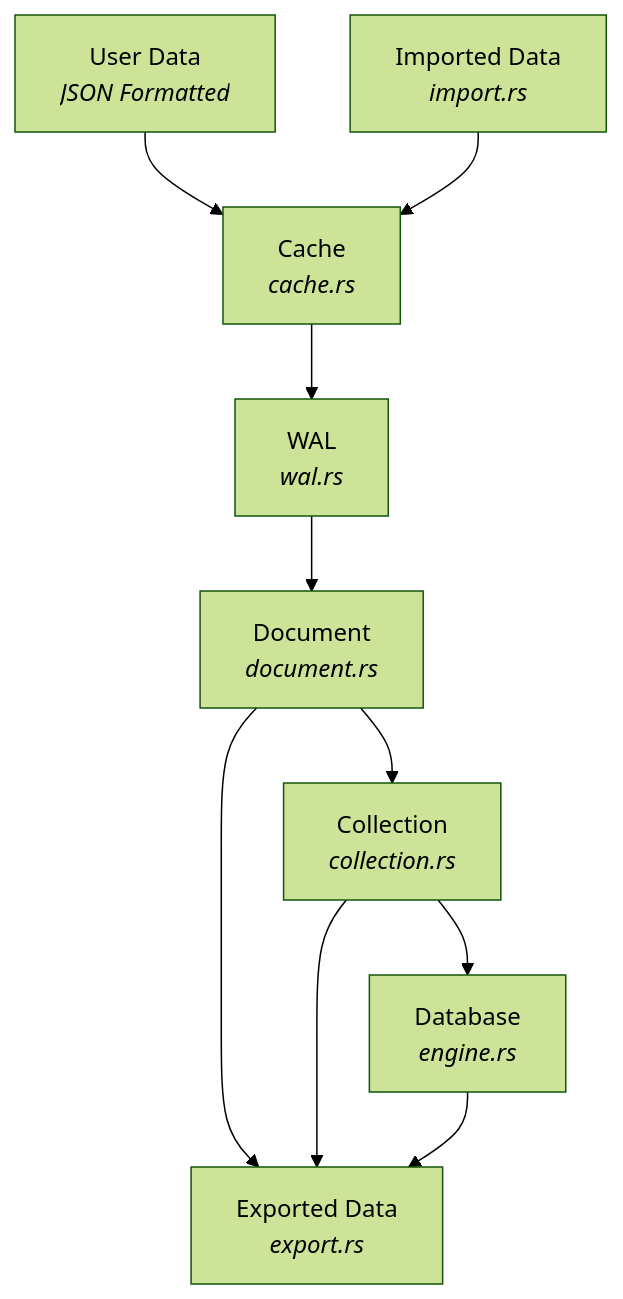
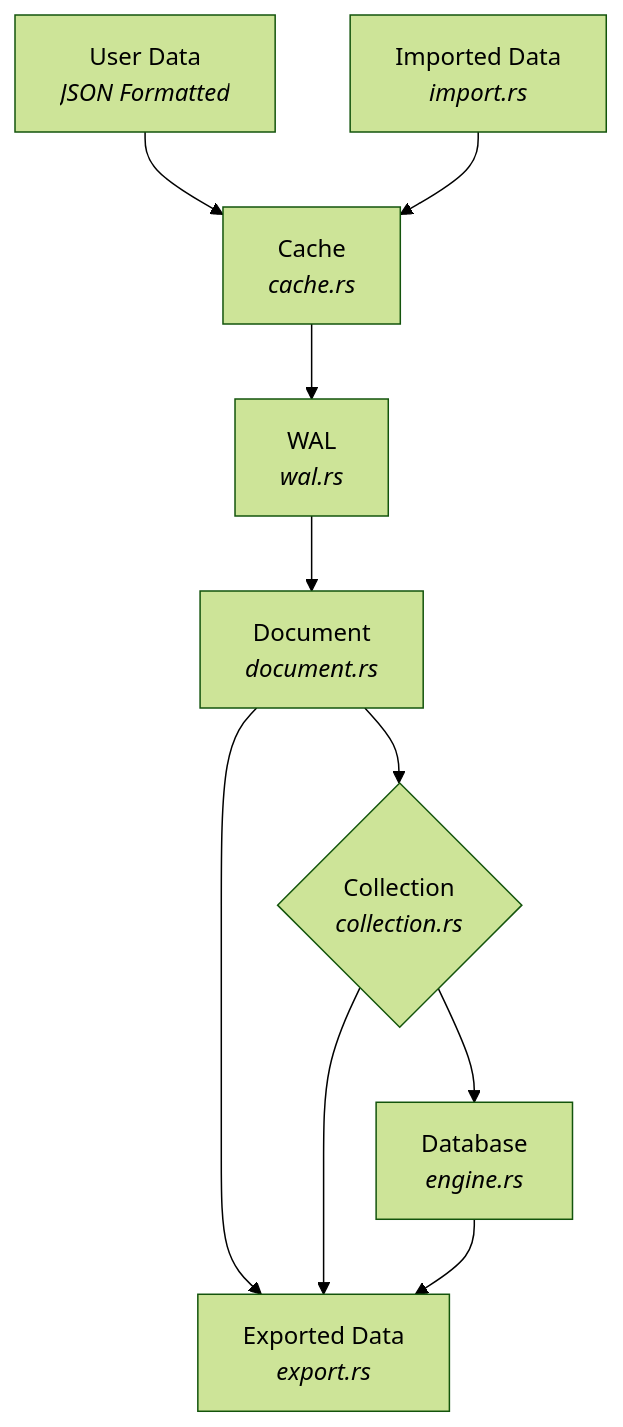
Before and after one commit to saviornt/NexusLite: the diagram in Project_Development.md, drawn with Mermaid (forest theme). The commit also changed other lines of this file and 54 other files, not shown here.

````diff
--- a/Project_Development.md
+++ b/Project_Development.md
@@ -87,9 +109,9 @@
 ```mermaid
 flowchart TD
     A[User Data <br> <i>JSON Formatted</i>] --> C[Cache <br> <i>cache.rs</i>]
     B[Imported Data <br> <i>import.rs</i>] --> C
     C --> D[WAL <br> <i>wal.rs</i>]
     D --> E[Document <br> <i>document.rs</i>] --> H[Exported Data <br> <i>export.rs</i>]
-    E --> F[Collection <br> <i>collection.rs</i>] --> H
+    E --> F{Collection <br> <i>collection.rs</i>} --> H
     F --> G[Database <br> <i>engine.rs</i>] --> H
 ```
````
